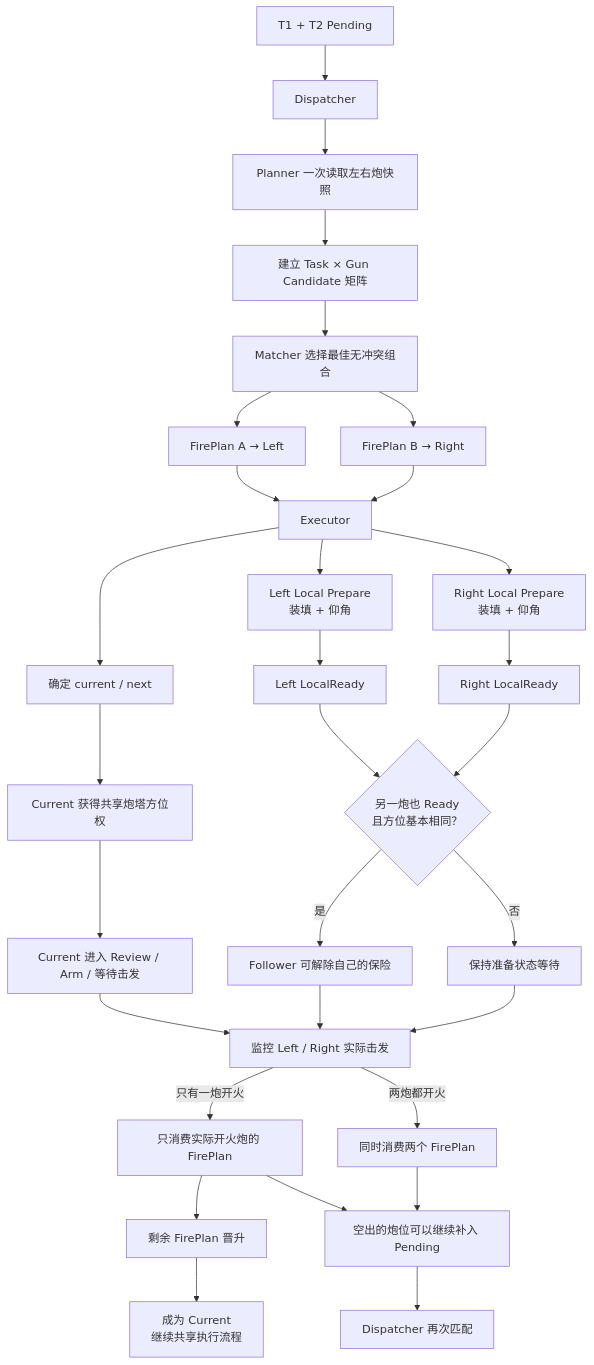
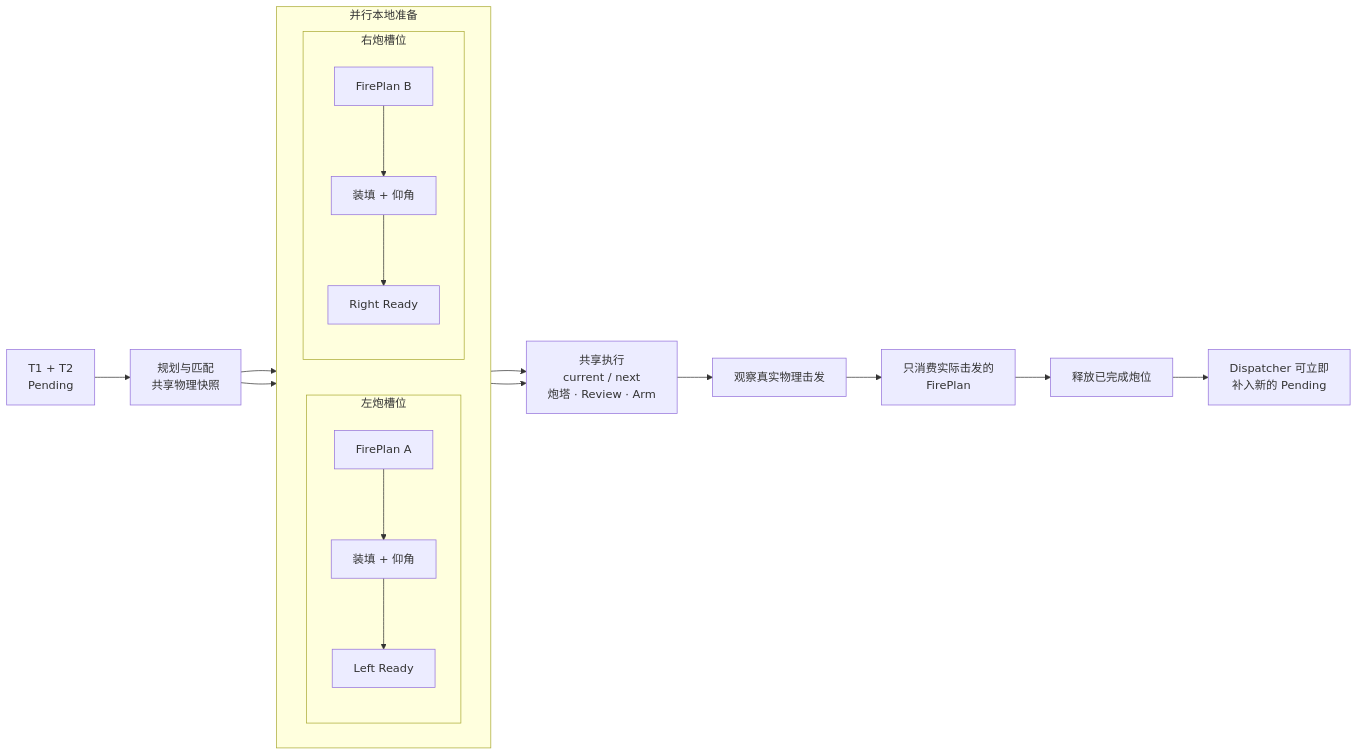
One commit to HisenWeb/IronNestFCS changed the third of 3 diagrams in README.zh-CN.md. Above: the diagram before and after it, drawn with Mermaid. The commit also changed other lines of this file, not shown here.

Commit message:
docs: sync Chinese mission lifecycle diagrams

````diff
--- a/README.zh-CN.md
+++ b/README.zh-CN.md
@@ -261,39 +243,27 @@
 ```mermaid
-flowchart TD
-    A["T1 + T2 Pending"] --> B["Dispatcher"]
-    B --> C["Planner 一次读取左右炮快照"]
-    C --> D["建立 Task × Gun Candidate 矩阵"]
-    D --> E["Matcher 选择最佳无冲突组合"]
+flowchart LR
+    A["T1 + T2<br/>Pending"] --> B["规划与匹配<br/>共享物理快照"]
 
-    E --> F1["FirePlan A → Left"]
-    E --> F2["FirePlan B → Right"]
-    F1 --> G["Executor"]
-    F2 --> G
+    subgraph LOCAL["并行本地准备"]
+        direction LR
 
-    G --> H1["Left Local Prepare<br/>装填 + 仰角"]
-    G --> H2["Right Local Prepare<br/>装填 + 仰角"]
-    H1 --> I1["Left LocalReady"]
-    H2 --> I2["Right LocalReady"]
+        subgraph LEFT["左炮槽位"]
+            direction TB
+            L0["FirePlan A"] --> L1["装填 + 仰角"] --> L2["Left Ready"]
+        end
 
-    G --> J["确定 current / next"]
-    J --> K["Current 获得共享炮塔方位权"]
-    K --> L["Current 进入 Review / Arm / 等待击发"]
+        subgraph RIGHT["右炮槽位"]
+            direction TB
+            R0["FirePlan B"] --> R1["装填 + 仰角"] --> R2["Right Ready"]
+        end
+    end
 
-    I1 --> M{"另一炮也 Ready<br/>且方位基本相同？"}
-    I2 --> M
-    M -->|"是"| N["Follower 可解除自己的保险"]
-    M -->|"否"| O["保持准备状态等待"]
-
-    L --> P["监控 Left / Right 实际击发"]
-    N --> P
-    O --> P
-
-    P -->|"只有一炮开火"| Q["只消费实际开火炮的 FirePlan"]
-    P -->|"两炮都开火"| R["同时消费两个 FirePlan"]
-
-    Q --> S["剩余 FirePlan 晋升"]
-    S --> T["成为 Current<br/>继续共享执行流程"]
-    Q --> U["空出的炮位可以继续补入 Pending"]
-    R --> U
-    U --> V["Dispatcher 再次匹配"]
+    B --> L0
+    B --> R0
+    L2 --> S["共享执行<br/>current / next<br/>炮塔 · Review · Arm"]
+    R2 --> S
+    S --> P["观察真实物理击发"]
+    P --> C["只消费实际击发的<br/>FirePlan"]
+    C --> F["释放已完成炮位"]
+    F --> N["Dispatcher 可立即<br/>补入新的 Pending"]
 ```
````
